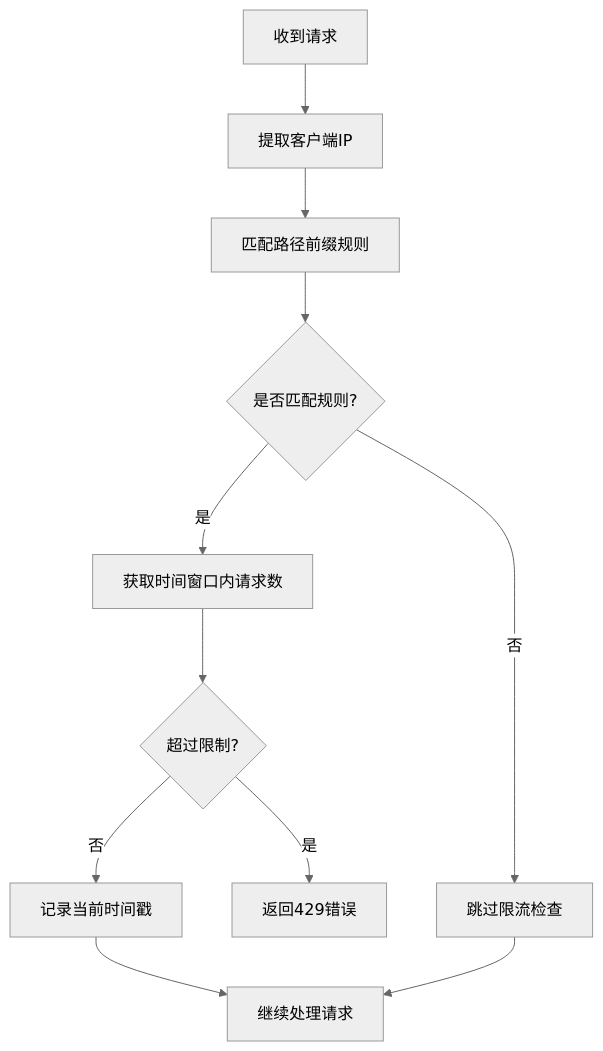
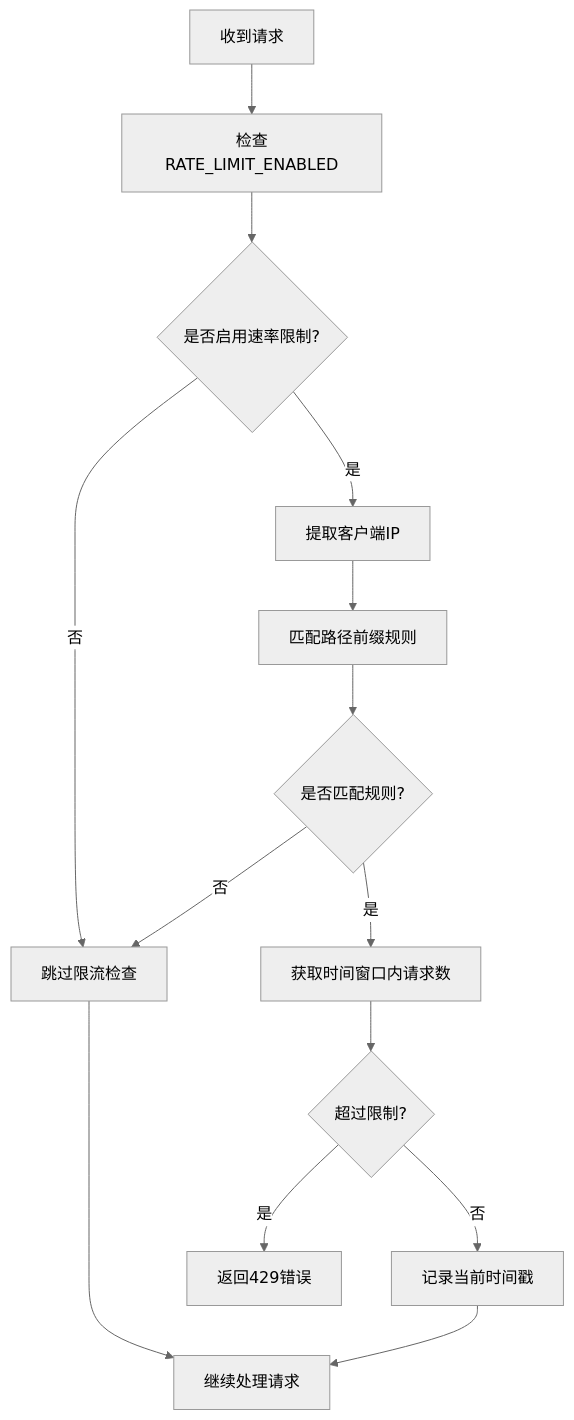
One commit to onebody/homework changed the fifth of 8 diagrams in .qoder/repowiki/zh/content/安全与认证机制/安全与认证机制.md. Above: the diagram before and after it, drawn with Mermaid (neutral theme). The commit also changed other lines of this file and 15 other files, not shown here.

````diff
--- a/.qoder/repowiki/zh/content/安全与认证机制/安全与认证机制.md
+++ b/.qoder/repowiki/zh/content/安全与认证机制/安全与认证机制.md
@@ -318,13 +332,16 @@
 ```mermaid
 flowchart TD
-A["收到请求"] --> B["提取客户端IP"]
-B --> C["匹配路径前缀规则"]
-C --> D{"是否匹配规则?"}
-D --> |否| E["跳过限流检查"]
-D --> |是| F["获取时间窗口内请求数"]
-F --> G{"超过限制?"}
-G --> |是| H["返回429错误"]
-G --> |否| I["记录当前时间戳"]
-I --> J["继续处理请求"]
-E --> J
+A["收到请求"] --> B["检查RATE_LIMIT_ENABLED"]
+B --> C{"是否启用速率限制?"}
+C --> |否| D["跳过限流检查"]
+C --> |是| E["提取客户端IP"]
+E --> F["匹配路径前缀规则"]
+F --> G{"是否匹配规则?"}
+G --> |否| D
+G --> |是| H["获取时间窗口内请求数"]
+H --> I{"超过限制?"}
+I --> |是| J["返回429错误"]
+I --> |否| K["记录当前时间戳"]
+K --> L["继续处理请求"]
+D --> L
 ```
````
